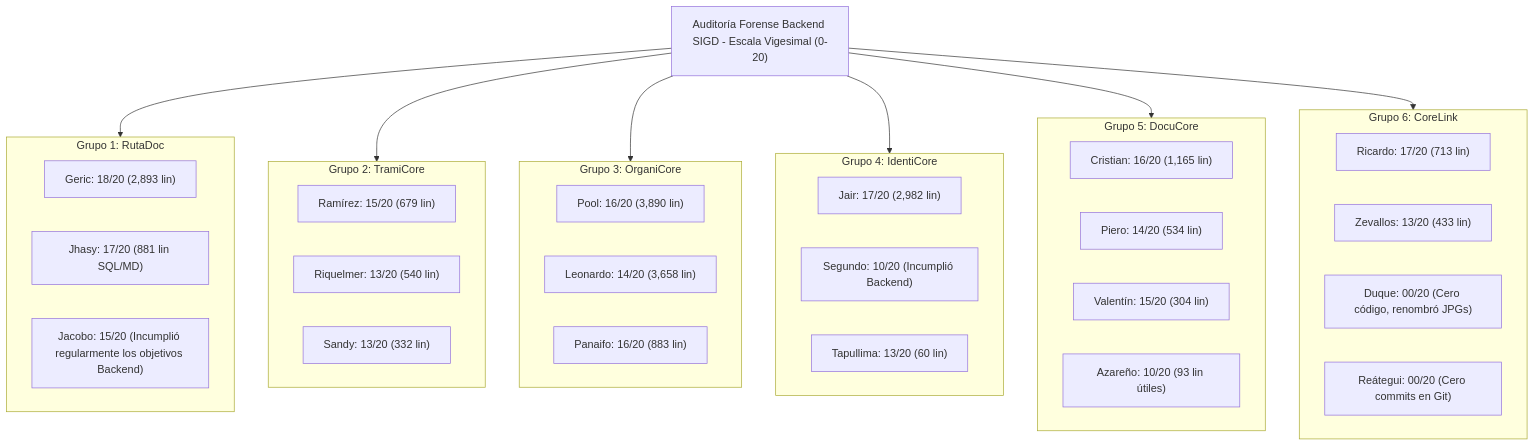
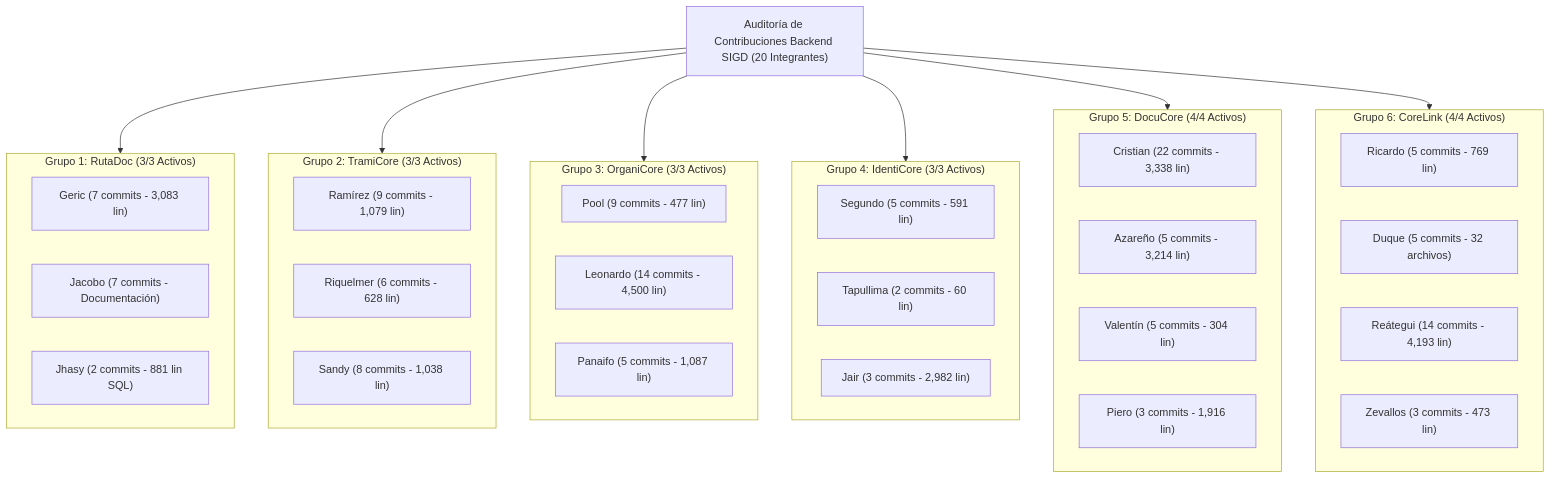
Before and after one commit to rhtf-92/SIGD: the diagram in backend/docs/INFORME_AUDITORIA_CONTRIBUCIONES_BACKEND.md, drawn with Mermaid. The commit also changed other lines of this file and 17 other files, not shown here.

````diff
--- a/backend/docs/INFORME_AUDITORIA_CONTRIBUCIONES_BACKEND.md
+++ b/backend/docs/INFORME_AUDITORIA_CONTRIBUCIONES_BACKEND.md
@@ -20,49 +16,49 @@
 ```mermaid
 flowchart TB
-    AuditRoot["Auditoría Forense Backend SIGD - Escala Vigesimal (0-20)"]
+    AuditRoot["Auditoría de Contribuciones Backend SIGD (20 Integrantes)"]
 
-    subgraph G1["Grupo 1: RutaDoc"]
-        G1_1["Geric: 18/20 (2,893 lin)"]
-        G1_2["Jhasy: 17/20 (881 lin SQL/MD)"]
-        G1_3["Jacobo: 15/20 (Incumplió regularmente los objetivos Backend)"]
+    subgraph G1["Grupo 1: RutaDoc (3/3 Activos)"]
+        G1_1["Geric (7 commits - 3,083 lin)"]
+        G1_2["Jacobo (7 commits - Documentación)"]
+        G1_3["Jhasy (2 commits - 881 lin SQL)"]
     end
 
-    subgraph G2["Grupo 2: TramiCore"]
-        G2_1["Ramírez: 15/20 (679 lin)"]
-        G2_2["Riquelmer: 13/20 (540 lin)"]
-        G2_3["Sandy: 13/20 (332 lin)"]
+    subgraph G2["Grupo 2: TramiCore (3/3 Activos)"]
+        G2_1["Ramírez (9 commits - 1,079 lin)"]
+        G2_2["Riquelmer (6 commits - 628 lin)"]
+        G2_3["Sandy (8 commits - 1,038 lin)"]
     end
 
-    subgraph G3["Grupo 3: OrganiCore"]
-        G3_1["Pool: 16/20 (3,890 lin)"]
-        G3_2["Leonardo: 14/20 (3,658 lin)"]
-        G3_3["Panaifo: 16/20 (883 lin)"]
+    subgraph G3["Grupo 3: OrganiCore (3/3 Activos)"]
+        G3_1["Pool (9 commits - 477 lin)"]
+        G3_2["Leonardo (14 commits - 4,500 lin)"]
+        G3_3["Panaifo (5 commits - 1,087 lin)"]
     end
 
-    subgraph G4["Grupo 4: IdentiCore"]
-        G4_1["Jair: 17/20 (2,982 lin)"]
-        G4_2["Segundo: 10/20 (Incumplió Backend)"]
-        G4_3["Tapullima: 13/20 (60 lin)"]
+    subgraph G4["Grupo 4: IdentiCore (3/3 Activos)"]
+        G4_1["Segundo (5 commits - 591 lin)"]
+        G4_2["Tapullima (2 commits - 60 lin)"]
+        G4_3["Jair (3 commits - 2,982 lin)"]
     end
 
-    subgraph G5["Grupo 5: DocuCore"]
-        G5_1["Cristian: 16/20 (1,165 lin)"]
-        G5_2["Piero: 14/20 (534 lin)"]
-        G5_3["Valentín: 15/20 (304 lin)"]
-        G5_4["Azareño: 10/20 (93 lin útiles)"]
+    subgraph G5["Grupo 5: DocuCore (4/4 Activos)"]
+        G5_1["Cristian (22 commits - 3,338 lin)"]
+        G5_2["Azareño (5 commits - 3,214 lin)"]
+        G5_3["Valentín (5 commits - 304 lin)"]
+        G5_4["Piero (3 commits - 1,916 lin)"]
     end
 
-    subgraph G6["Grupo 6: CoreLink"]
-        G6_1["Ricardo: 17/20 (713 lin)"]
-        G6_2["Zevallos: 13/20 (433 lin)"]
-        G6_3["Duque: 00/20 (Cero código, renombró JPGs)"]
-        G6_4["Reátegui: 00/20 (Cero commits en Git)"]
+    subgraph G6["Grupo 6: CoreLink (4/4 Activos)"]
+        G6_1["Ricardo (5 commits - 769 lin)"]
+        G6_2["Duque (5 commits - 32 archivos)"]
+        G6_3["Reátegui (14 commits - 4,193 lin)"]
+        G6_4["Zevallos (3 commits - 473 lin)"]
     end
 
     AuditRoot --> G1
     AuditRoot --> G2
     AuditRoot --> G3
     AuditRoot --> G4
     AuditRoot --> G5
     AuditRoot --> G6
 ```
````
